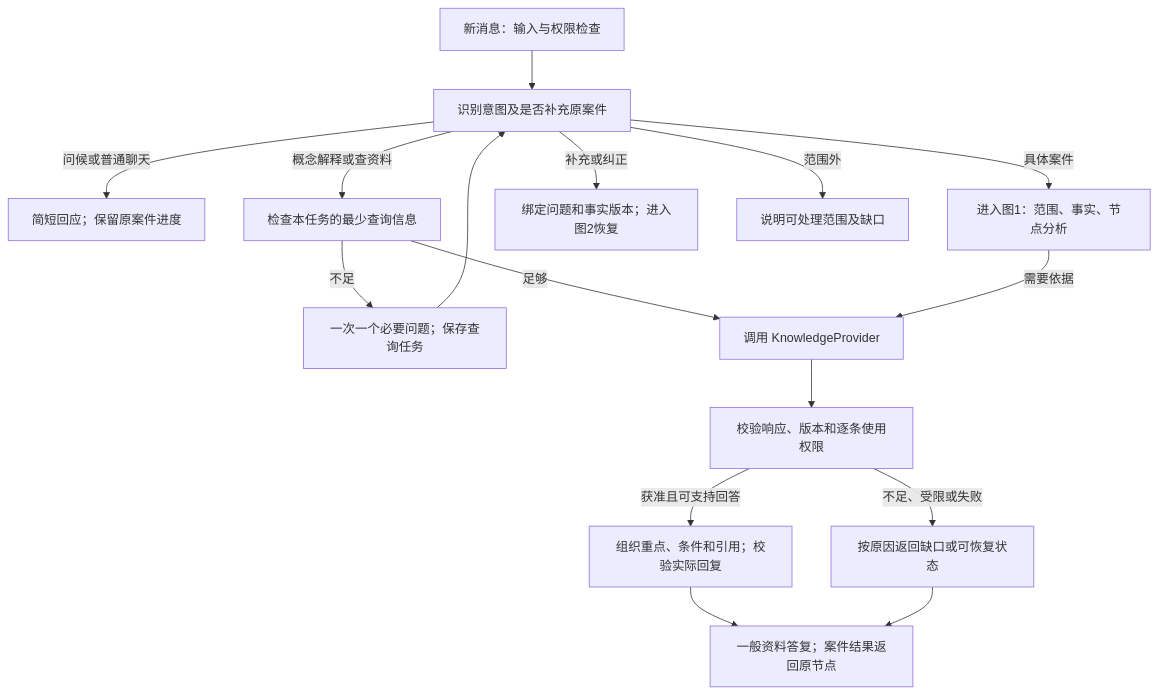
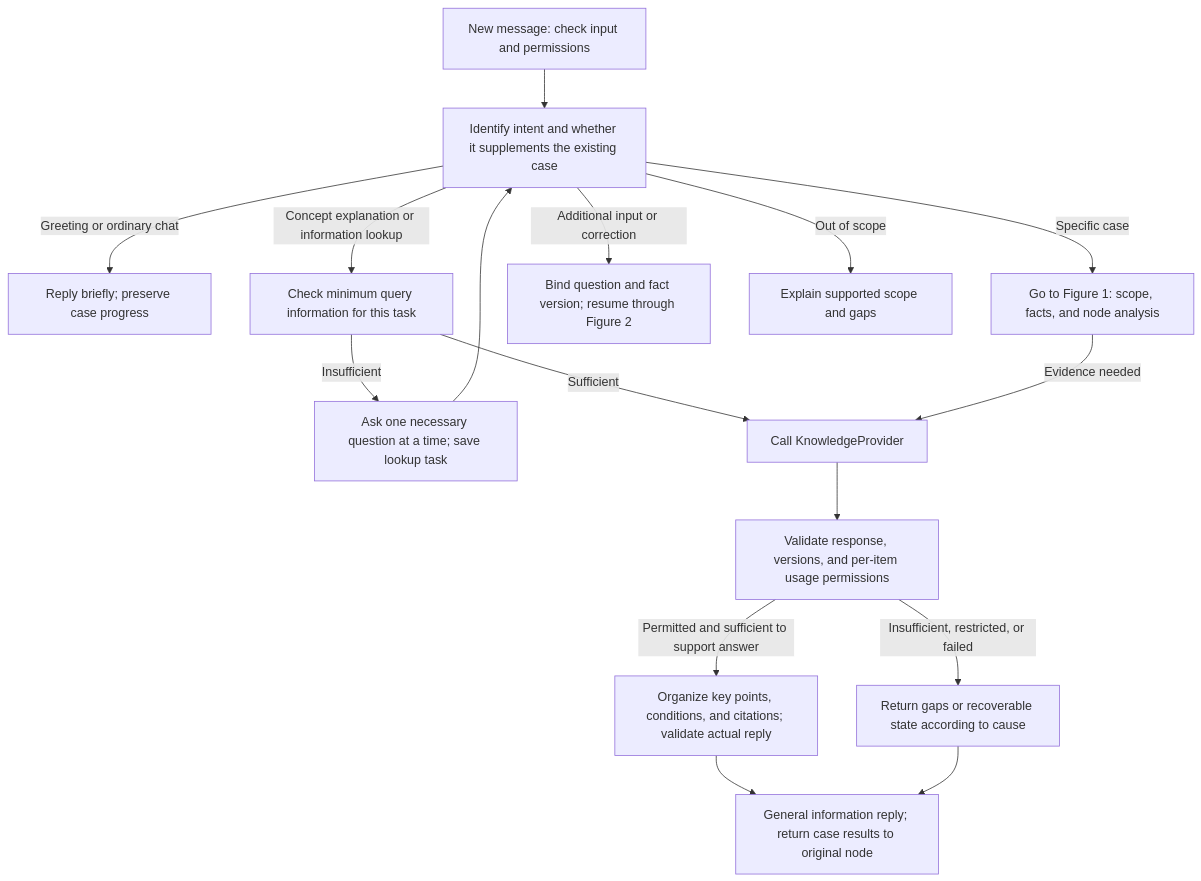
Before and after one commit to 1726621062qqcom-ctrl/Asia-Tax-AI-Agent: the fourth of 5 diagrams in docs/architecture/AGENT_BUSINESS_WORKFLOW_V0_1.md, drawn with Mermaid. The commit also changed other lines of this file and 59 other files, not shown here.

````diff
--- a/docs/architecture/AGENT_BUSINESS_WORKFLOW_V0_1.md
+++ b/docs/architecture/AGENT_BUSINESS_WORKFLOW_V0_1.md
@@ -290,18 +320,18 @@
 ```mermaid
 flowchart TD
-  A[新消息：输入与权限检查] --> B[识别意图及是否补充原案件]
-  B -->|问候或普通聊天| C[简短回应；保留原案件进度]
-  B -->|概念解释或查资料| D[检查本任务的最少查询信息]
-  B -->|具体案件| E[进入图1：范围、事实、节点分析]
-  B -->|补充或纠正| F[绑定问题和事实版本；进入图2恢复]
-  B -->|范围外| G[说明可处理范围及缺口]
-  D -->|不足| H[一次一个必要问题；保存查询任务]
+  A["New message: check input and permissions"] --> B["Identify intent and whether it supplements the existing case"]
+  B -->|Greeting or ordinary chat| C["Reply briefly; preserve case progress"]
+  B -->|Concept explanation or information lookup| D["Check minimum query information for this task"]
+  B -->|Specific case| E["Go to Figure 1: scope, facts, and node analysis"]
+  B -->|Additional input or correction| F["Bind question and fact version; resume through Figure 2"]
+  B -->|Out of scope| G["Explain supported scope and gaps"]
+  D -->|Insufficient| H["Ask one necessary question at a time; save lookup task"]
   H --> B
-  D -->|足够| I[调用 KnowledgeProvider]
-  E -->|需要依据| I
-  I --> J[校验响应、版本和逐条使用权限]
-  J -->|获准且可支持回答| K[组织重点、条件和引用；校验实际回复]
-  J -->|不足、受限或失败| L[按原因返回缺口或可恢复状态]
-  K --> M[一般资料答复；案件结果返回原节点]
+  D -->|Sufficient| I["Call KnowledgeProvider"]
+  E -->|Evidence needed| I
+  I --> J["Validate response, versions, and per-item usage permissions"]
+  J -->|Permitted and sufficient to support answer| K["Organize key points, conditions, and citations; validate actual reply"]
+  J -->|Insufficient, restricted, or failed| L["Return gaps or recoverable state according to cause"]
+  K --> M["General information reply; return case results to original node"]
   L --> M
 ```
````
